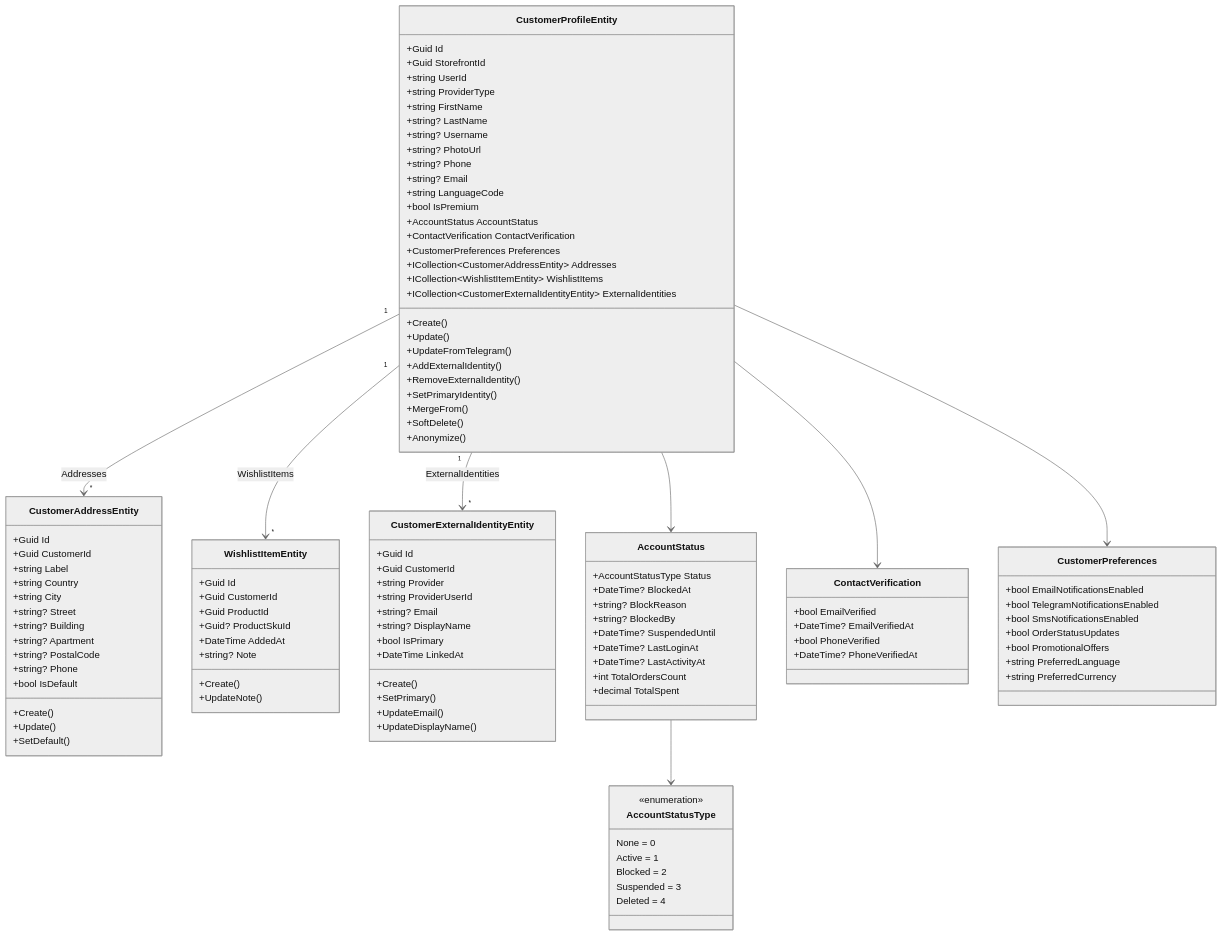
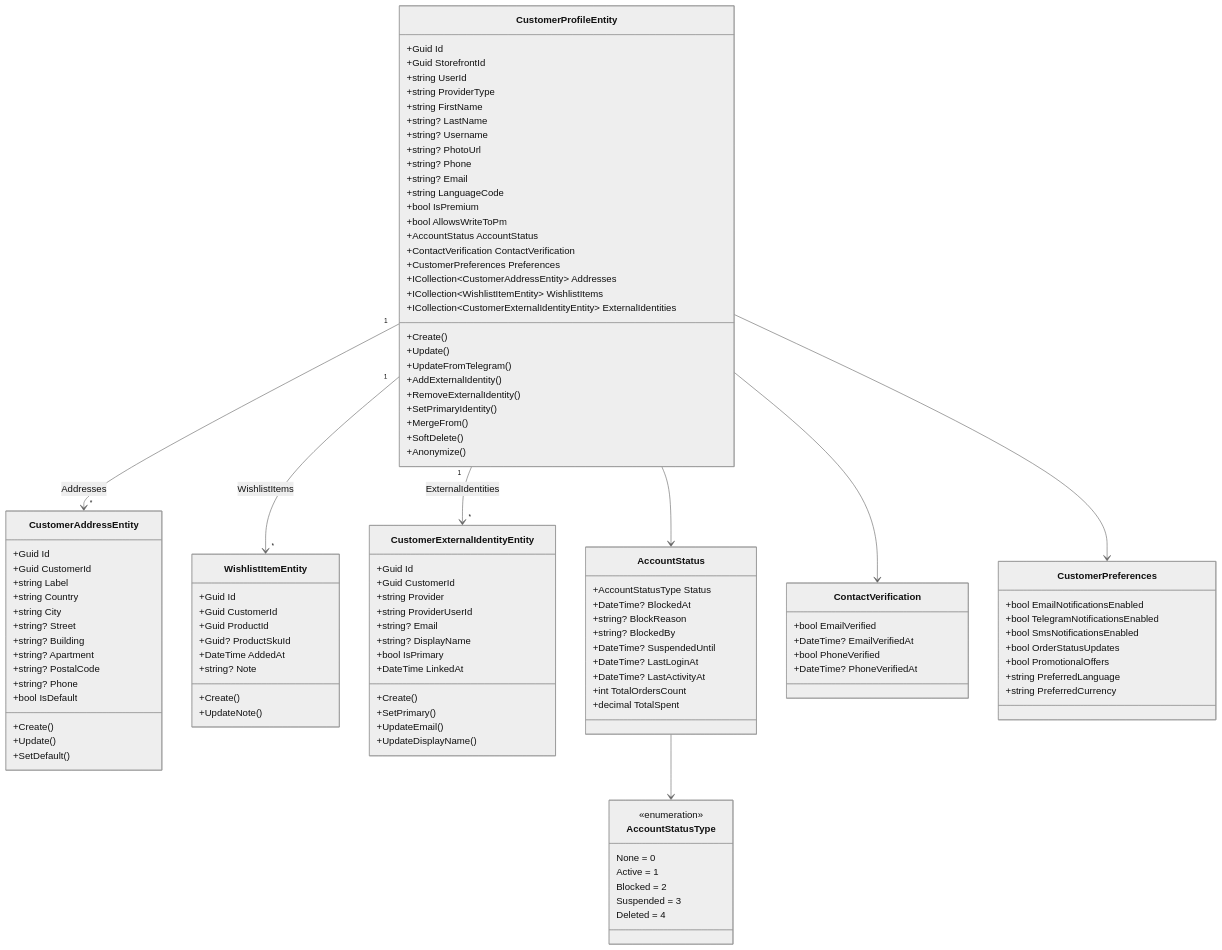
One commit to GZDKH/DKH.CustomerService changed the diagram in docs/domain-model.md. Above: the diagram before and after it, drawn with Mermaid (neutral theme). The commit also changed other lines of this file and 24 other files, not shown here.

```diff
--- a/docs/domain-model.md
+++ b/docs/domain-model.md
@@ -21,6 +21,7 @@
         +string? Email
         +string LanguageCode
         +bool IsPremium
+        +bool AllowsWriteToPm
         +AccountStatus AccountStatus
         +ContactVerification ContactVerification
         +CustomerPreferences Preferences
```
